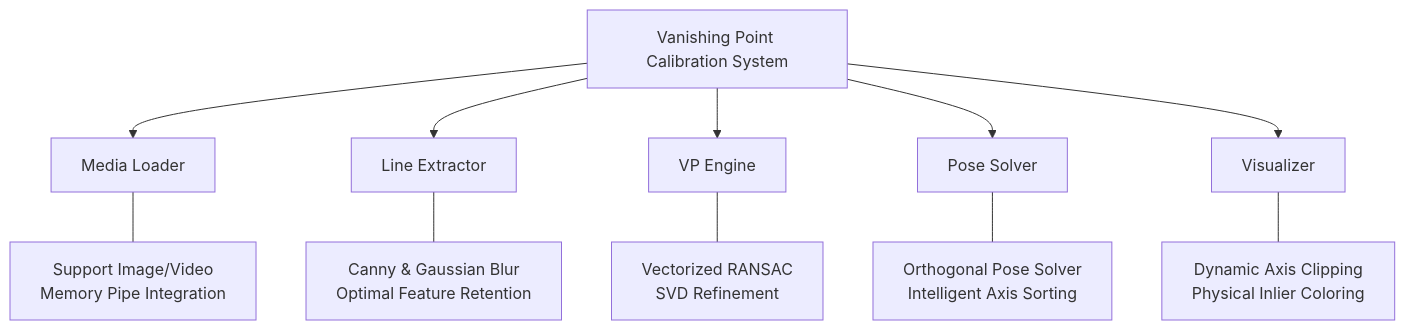
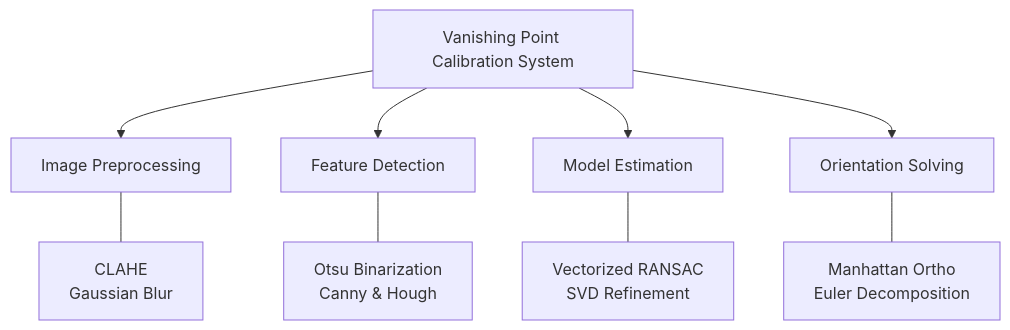
One commit to hank921109/114-2-Phone_Camera_Attitude changed the first of 2 diagrams in README.md. Above: the diagram before and after it, drawn with Mermaid. The commit also changed other lines of this file and 46 other files, not shown here.

````diff
--- a/README.md
+++ b/README.md
@@ -37,16 +33,14 @@
 ```mermaid
 graph TD
     System[Vanishing Point Calibration System]
     
-    System --> ML[Media Loader]
-    System --> LE[Line Extractor]
-    System --> VE[VP Engine]
-    System --> PS[Pose Solver]
-    System --> VI[Visualizer]
+    System --> PRE[Image Preprocessing]
+    System --> DET[Feature Detection]
+    System --> RAN[Model Estimation]
+    System --> POS[Orientation Solving]
 
-    ML --- ML_Desc["Support Image/Video<br/>Memory Pipe Integration"]
-    LE --- LE_Desc["Canny & Gaussian Blur<br/>Optimal Feature Retention"]
-    VE --- VE_Desc["Vectorized RANSAC<br/>SVD Refinement"]
-    PS --- PS_Desc["Orthogonal Pose Solver<br/>Intelligent Axis Sorting"]
-    VI --- VI_Desc["Dynamic Axis Clipping<br/>Physical Inlier Coloring"]
+    PRE --- PRE_Desc["CLAHE<br/>Gaussian Blur"]
+    DET --- DET_Desc["Otsu Binarization<br/>Canny & Hough"]
+    RAN --- RAN_Desc["Vectorized RANSAC<br/>SVD Refinement"]
+    POS --- POS_Desc["Manhattan Ortho<br/>Euler Decomposition"]
 ```
````
